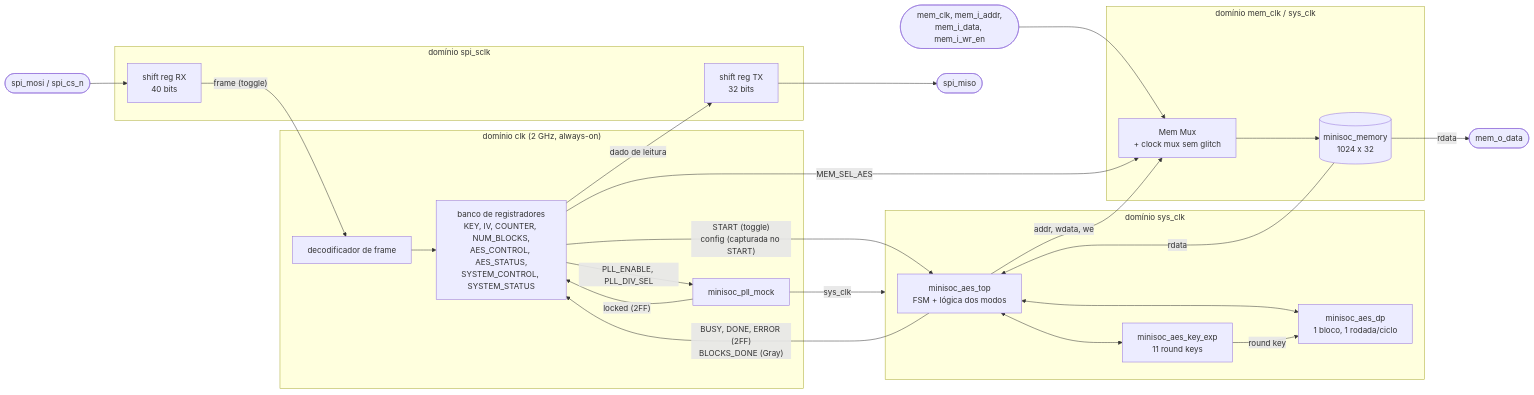
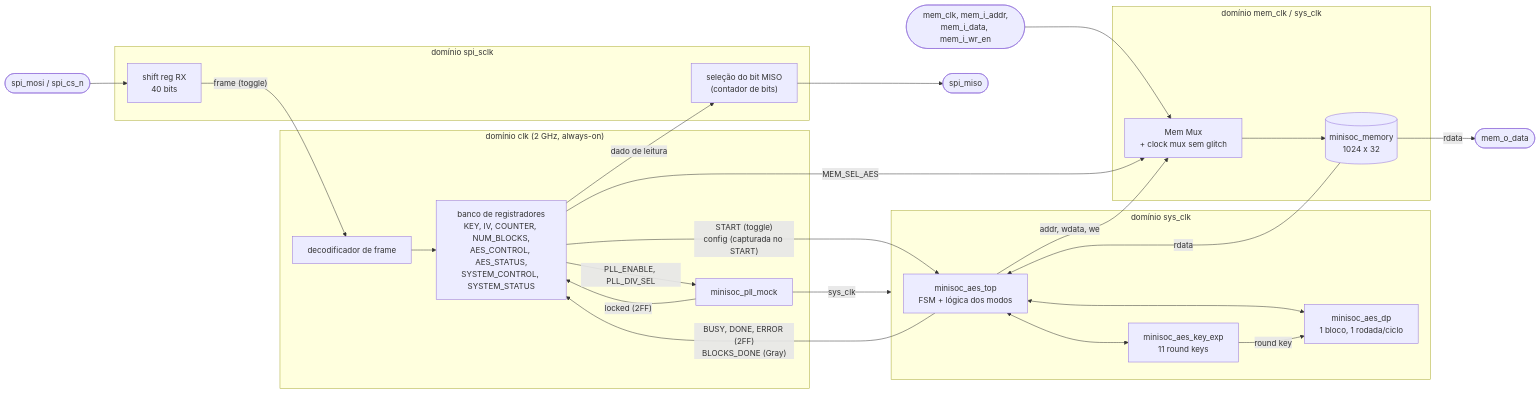
The first of 3 diagrams in docs/architecture/microarquitetura.md (WilliamdeSousa/ciexpert-acelerador-aes-spi), drawn with Mermaid before and after one commit. The commit also changed other lines of this file and 2 other files, not shown here.

Commit message:
feat(spi): add SPI front-end and register bank
SPI Mode 0, MSB-first, 40-bit frame (RWb, ADDR, RSV, DATA).
Frame-complete event crosses spi_sclk -> clk by toggle synchronization.
Register bank per Block Guide section 6, with START as write-one-pulse
(toggle output) and AES/PLL status synchronized into clk.

Refs #19

````diff
--- a/docs/architecture/microarquitetura.md
+++ b/docs/architecture/microarquitetura.md
@@ -19,44 +19,44 @@
 ```mermaid
 flowchart LR
     subgraph SCLK["domínio spi_sclk"]
         RX["shift reg RX<br/>40 bits"]
-        TX["shift reg TX<br/>32 bits"]
+        TX["seleção do bit MISO<br/>(contador de bits)"]
     end
 
     subgraph CLK["domínio clk (2 GHz, always-on)"]
         DEC["decodificador de frame"]
         REGS["banco de registradores<br/>KEY, IV, COUNTER, NUM_BLOCKS,<br/>AES_CONTROL, AES_STATUS,<br/>SYSTEM_CONTROL, SYSTEM_STATUS"]
         PLL["minisoc_pll_mock"]
     end
 
     subgraph SYS["domínio sys_clk"]
         TOP["minisoc_aes_top<br/>FSM + lógica dos modos"]
         KEXP["minisoc_aes_key_exp<br/>11 round keys"]
         DP["minisoc_aes_dp<br/>1 bloco, 1 rodada/ciclo"]
     end
 
     subgraph MEMD["domínio mem_clk / sys_clk"]
         MUX["Mem Mux<br/>+ clock mux sem glitch"]
         MEM[("minisoc_memory<br/>1024 x 32")]
     end
 
     MOSI(["spi_mosi / spi_cs_n"]) --> RX
     TX --> MISO(["spi_miso"])
     RX -- "frame (toggle)" --> DEC
     DEC --> REGS
     REGS -- "dado de leitura" --> TX
     REGS -- "PLL_ENABLE, PLL_DIV_SEL" --> PLL
     PLL -- "locked (2FF)" --> REGS
     PLL -- "sys_clk" --> SYS
     REGS -- "START (toggle)<br/>config (capturada no START)" --> TOP
     TOP -- "BUSY, DONE, ERROR (2FF)<br/>BLOCKS_DONE (Gray)" --> REGS
     TOP <--> KEXP
     TOP <--> DP
     KEXP -- "round key" --> DP
     TOP -- "addr, wdata, we" --> MUX
     EXT(["mem_clk, mem_i_addr,<br/>mem_i_data, mem_i_wr_en"]) --> MUX
     REGS -- "MEM_SEL_AES" --> MUX
     MUX --> MEM
     MEM -- "rdata" --> TOP
     MEM -- "rdata" --> MEMO(["mem_o_data"])
 ```
````
